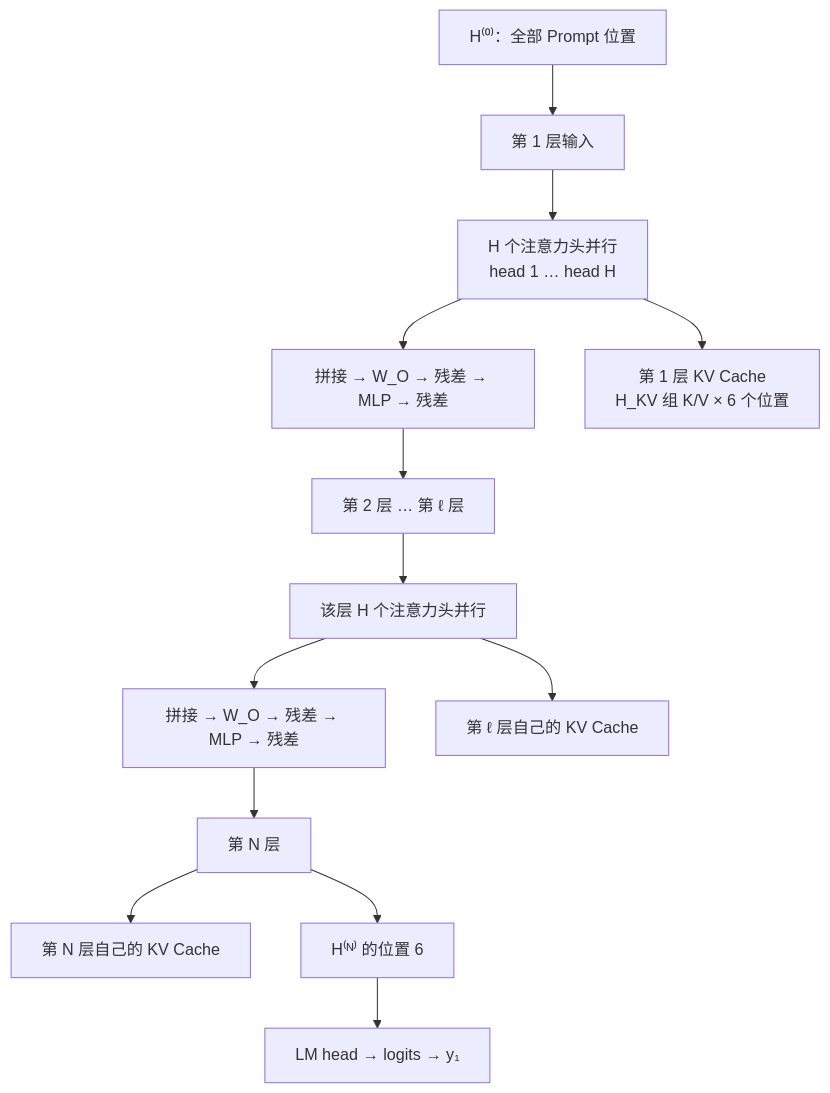
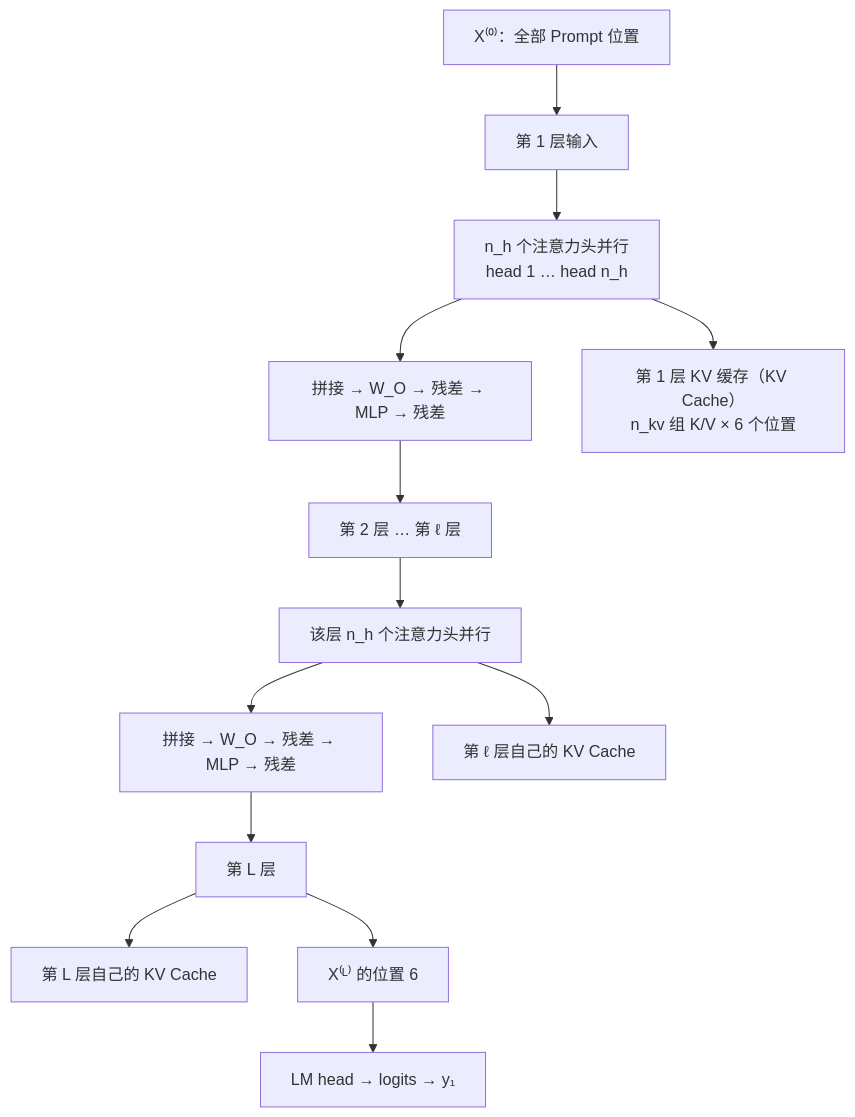
Before and after one commit to yeasy/llm_internals: the third of 7 diagrams in 03_components/3.8_gpt_inference_flow.md, drawn with Mermaid. The commit also changed other lines of this file, not shown here.

````diff
--- a/03_components/3.8_gpt_inference_flow.md
+++ b/03_components/3.8_gpt_inference_flow.md
@@ -72,15 +103,15 @@
 ```mermaid
 flowchart TB
-    h0["H⁽⁰⁾：全部 Prompt 位置"] --> l1in["第 1 层输入"]
-    l1in --> heads1["H 个注意力头并行<br/>head 1 … head H"]
+    h0["X⁽⁰⁾：全部 Prompt 位置"] --> l1in["第 1 层输入"]
+    l1in --> heads1["n_h 个注意力头并行<br/>head 1 … head n_h"]
     heads1 --> merge1["拼接 → W_O → 残差 → MLP → 残差"]
-    heads1 --> cache1["第 1 层 KV Cache<br/>H_KV 组 K/V × 6 个位置"]
+    heads1 --> cache1["第 1 层 KV 缓存（KV Cache）<br/>n_kv 组 K/V × 6 个位置"]
     merge1 --> lmid["第 2 层 … 第 ℓ 层"]
-    lmid --> headsl["该层 H 个注意力头并行"]
+    lmid --> headsl["该层 n_h 个注意力头并行"]
     headsl --> mergel["拼接 → W_O → 残差 → MLP → 残差"]
     headsl --> cachel["第 ℓ 层自己的 KV Cache"]
-    mergel --> ln["第 N 层"]
-    ln --> cacheN["第 N 层自己的 KV Cache"]
-    ln --> last["H⁽ᴺ⁾ 的位置 6"]
+    mergel --> ln["第 L 层"]
+    ln --> cacheN["第 L 层自己的 KV Cache"]
+    ln --> last["X⁽ᴸ⁾ 的位置 6"]
     last --> lm["LM head → logits → y₁"]
 ```
````
